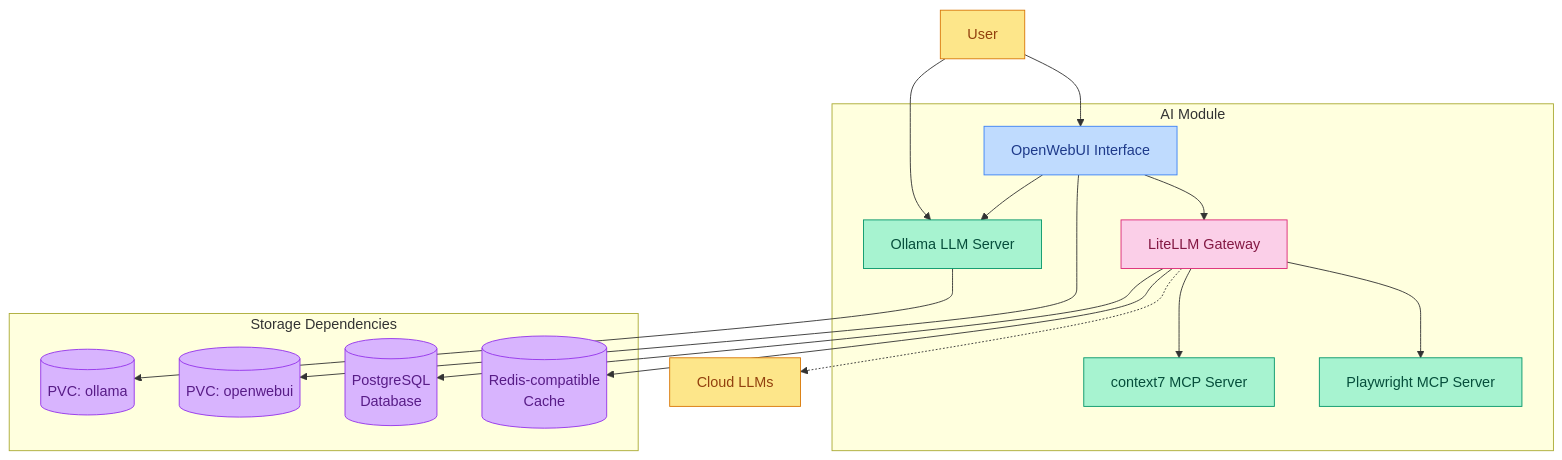
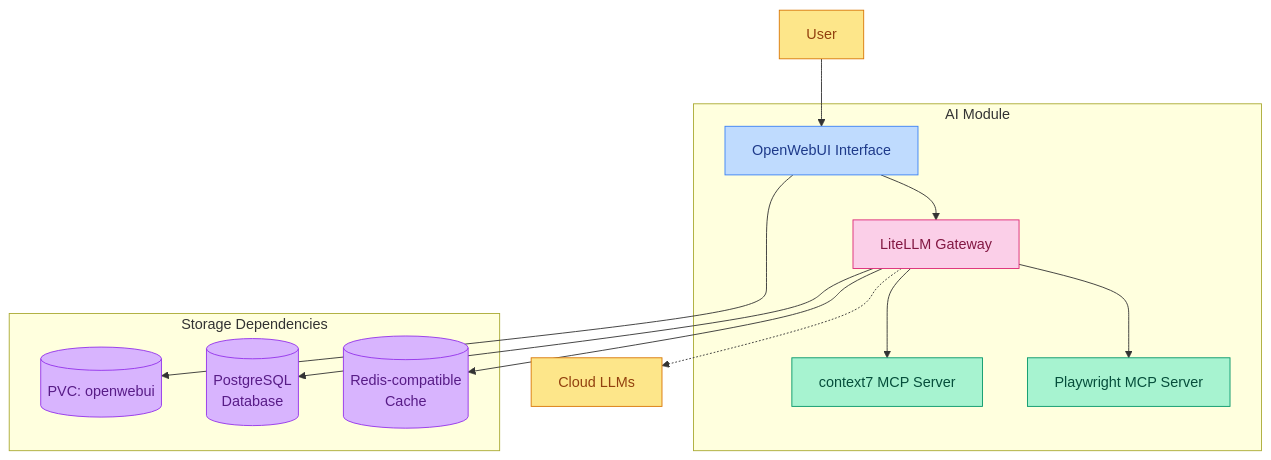
One commit to ppat/homelab-ops-kubernetes-apps changed the diagram in apps/subsystems/ai/README.md. Above: the diagram before and after it, drawn with Mermaid. The commit also changed other lines of this file and 14 other files, not shown here.

````diff
--- a/apps/subsystems/ai/README.md
+++ b/apps/subsystems/ai/README.md
@@ -35,47 +31,42 @@
 ```mermaid
 flowchart TB
     %% Color scheme with good contrast for light/dark themes
     classDef core fill:#a7f3d0,stroke:#059669,color:#064e3b
     classDef ui fill:#bfdbfe,stroke:#3b82f6,color:#1e3a8a
     classDef gateway fill:#fbcfe8,stroke:#db2777,color:#831843
     classDef storage fill:#d8b4fe,stroke:#9333ea,color:#581c87
     classDef external fill:#fde68a,stroke:#d97706,color:#92400e
     classDef legend fill:none,stroke:none,color:#6b7280
 
     %% External Access
     user[User]:::external
     cloud[Cloud LLMs]:::external
 
     %% Core Components - Module Provided
     subgraph module[AI Module]
-        ollama[Ollama LLM Server]:::core
         openwebui[OpenWebUI Interface]:::ui
         litellm[LiteLLM Gateway]:::gateway
         context7[context7 MCP Server]:::core
         playwright[Playwright MCP Server]:::core
     end
 
     %% Storage Components - Dependencies
     subgraph storage[Storage Dependencies]
-        ollama_pvc[(PVC: ollama)]:::storage
         openwebui_pvc[(PVC: openwebui)]:::storage
         litellm_db[("PostgreSQL<br/>Database")]:::storage
         litellm_cache[("Redis-compatible<br/>Cache")]:::storage
     end
 
     %% Relationships
-    user --> ollama
     user --> openwebui
 
-    openwebui --> ollama
     openwebui --> litellm
     litellm -.-> cloud
 
     litellm --> context7
     litellm --> playwright
 
-    ollama --> ollama_pvc
     openwebui --> openwebui_pvc
     litellm --> litellm_db
     litellm --> litellm_cache
 ```
````
